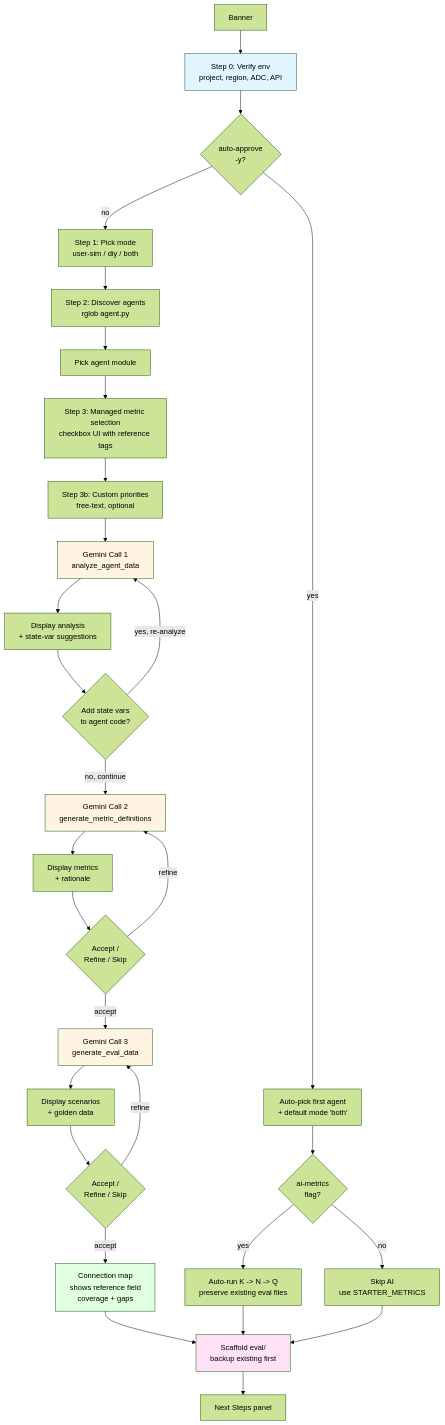
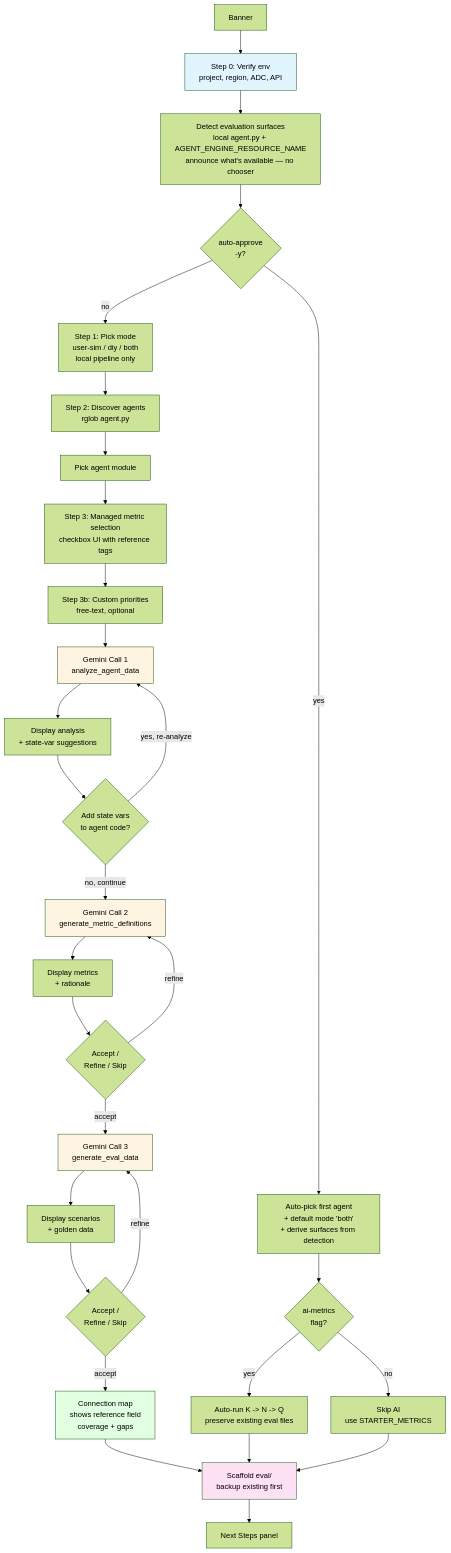
The diagram in docs/reference.md (danielazamorah/agent-eval), drawn with Mermaid (forest theme) before and after one commit. The commit also changed other lines of this file and 5 other files, not shown here.

````diff
--- a/docs/reference.md
+++ b/docs/reference.md
@@ -437,38 +448,39 @@
 ```mermaid
 flowchart TD
     A[Banner] --> B[Step 0: Verify env<br/>project, region, ADC, API]
-    B --> C{auto-approve<br/>-y?}
-    C -->|yes| D[Auto-pick first agent<br/>+ default mode 'both']
-    C -->|no| E[Step 1: Pick mode<br/>user-sim / diy / both]
+    B --> DT[Detect evaluation surfaces<br/>local agent.py + AGENT_ENGINE_RESOURCE_NAME<br/>announce what's available — no chooser]
+    DT --> C{auto-approve<br/>-y?}
+    C -->|yes| D[Auto-pick first agent<br/>+ default mode 'both'<br/>+ derive surfaces from detection]
+    C -->|no| E[Step 1: Pick mode<br/>user-sim / diy / both<br/>local pipeline only]
     E --> F[Step 2: Discover agents<br/>rglob agent.py]
     F --> G[Pick agent module]
     D --> H{ai-metrics<br/>flag?}
     G --> I[Step 3: Managed metric selection<br/>checkbox UI with reference tags]
     I --> J[Step 3b: Custom priorities<br/>free-text, optional]
     J --> K[Gemini Call 1<br/>analyze_agent_data]
     K --> L[Display analysis<br/>+ state-var suggestions]
     L --> M{Add state vars<br/>to agent code?}
     M -->|yes, re-analyze| K
     M -->|no, continue| N[Gemini Call 2<br/>generate_metric_definitions]
     N --> O[Display metrics<br/>+ rationale]
     O --> P{Accept /<br/>Refine / Skip}
     P -->|refine| N
     P -->|accept| Q[Gemini Call 3<br/>generate_eval_data]
     Q --> R[Display scenarios<br/>+ golden data]
     R --> S{Accept /<br/>Refine / Skip}
     S -->|refine| Q
     S -->|accept| T[Connection map<br/>shows reference field<br/>coverage + gaps]
     H -->|yes| U[Auto-run K -> N -> Q<br/>preserve existing eval files]
     H -->|no| V[Skip AI<br/>use STARTER_METRICS]
     T --> W[Scaffold eval/<br/>backup existing first]
     U --> W
     V --> W
     W --> X[Next Steps panel]
 
     style B fill:#e1f5ff
     style K fill:#fff4e1
     style N fill:#fff4e1
     style Q fill:#fff4e1
     style T fill:#e1ffe1
     style W fill:#ffe1f5
 ```
````
